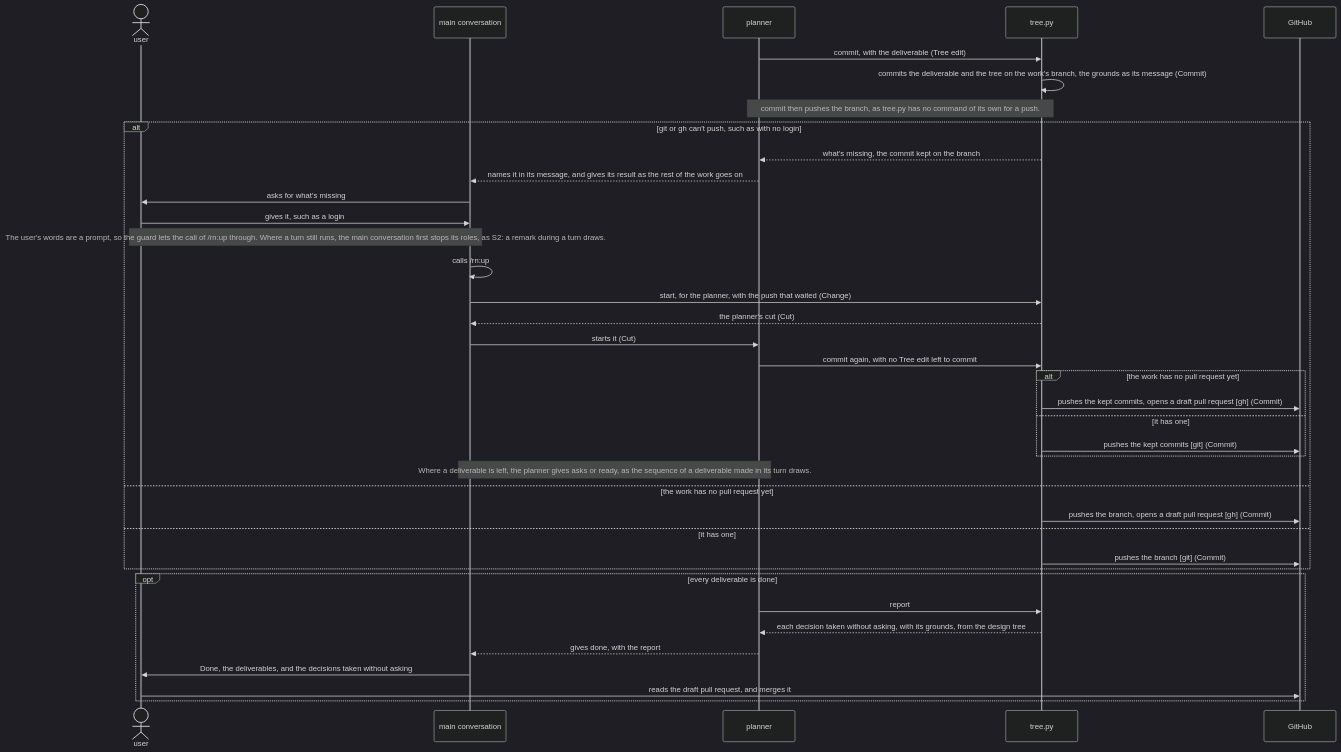
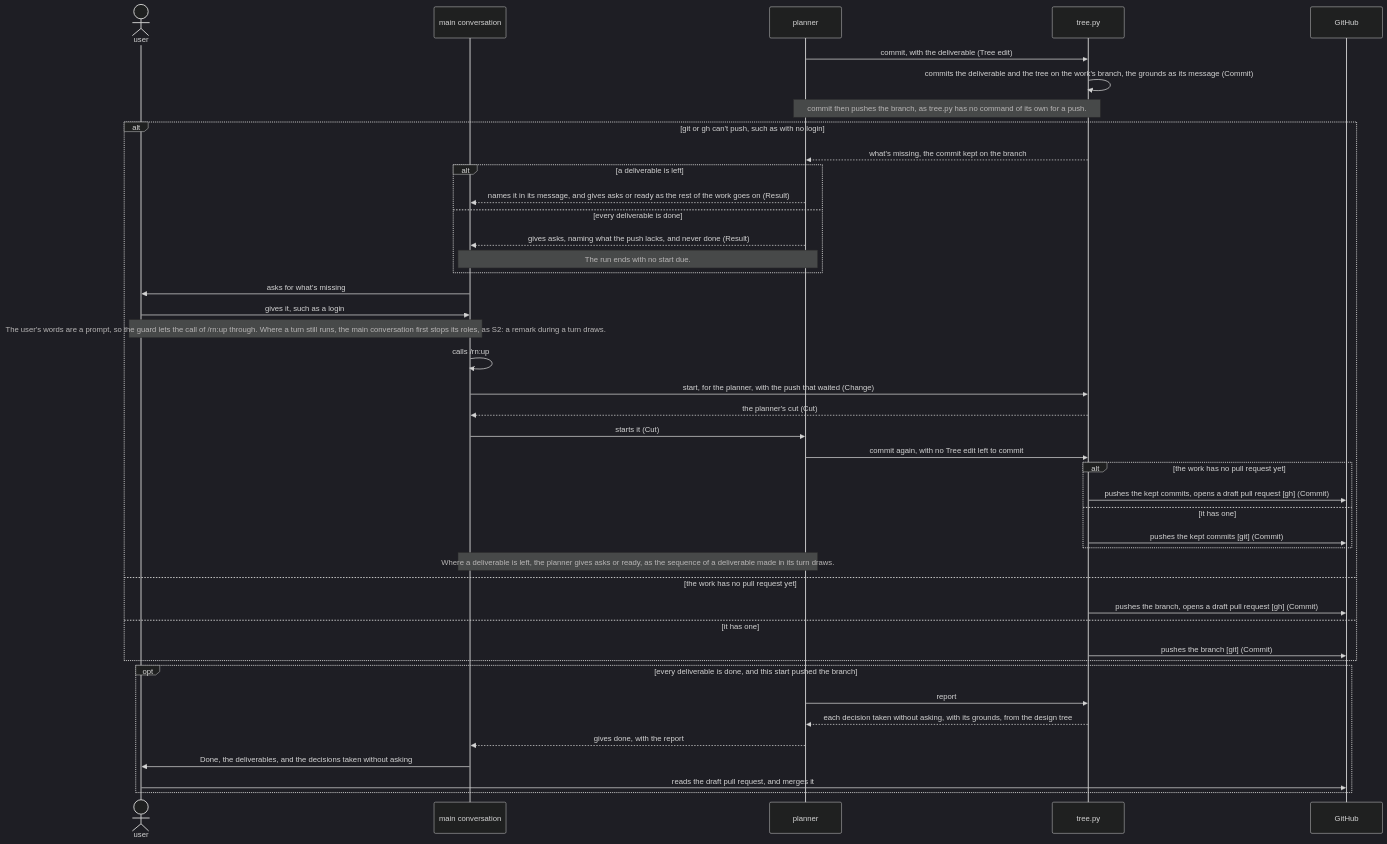
One commit to lovaizu/ccpm changed the sixth of 6 diagrams in dev/rn/architecture.md. Above: the diagram before and after it, drawn with Mermaid (dark theme). The commit also changed other lines of this file and 4 other files, not shown here.

````diff
--- a/dev/rn/architecture.md
+++ b/dev/rn/architecture.md
@@ -746,40 +757,45 @@
 ```mermaid
 sequenceDiagram
   actor U as user
   participant M as main conversation
   participant P as planner
   participant T as tree.py
   participant GH as GitHub
   P->>T: commit, with the deliverable (Tree edit)
   T->>T: commits the deliverable and the tree on the work's branch, the grounds as its message (Commit)
   Note over P,T: commit then pushes the branch, as tree.py has no command of its own for a push.
   alt git or gh can't push, such as with no login
     T-->>P: what's missing, the commit kept on the branch
-    P-->>M: names it in its message, and gives its result as the rest of the work goes on
+    alt a deliverable is left
+      P-->>M: names it in its message, and gives asks or ready as the rest of the work goes on (Result)
+    else every deliverable is done
+      P-->>M: gives asks, naming what the push lacks, and never done (Result)
+      Note over M,P: The run ends with no start due.
+    end
     M->>U: asks for what's missing
     U->>M: gives it, such as a login
     Note over U,M: The user's words are a prompt, so the guard lets the call of /rn:up through. Where a turn still runs, the main conversation first stops its roles, as S2: a remark during a turn draws.
     M->>M: calls /rn:up
     M->>T: start, for the planner, with the push that waited (Change)
     T-->>M: the planner's cut (Cut)
     M->>P: starts it (Cut)
     P->>T: commit again, with no Tree edit left to commit
     alt the work has no pull request yet
       T->>GH: pushes the kept commits, opens a draft pull request [gh] (Commit)
     else it has one
       T->>GH: pushes the kept commits [git] (Commit)
     end
     Note over M,P: Where a deliverable is left, the planner gives asks or ready, as the sequence of a deliverable made in its turn draws.
   else the work has no pull request yet
     T->>GH: pushes the branch, opens a draft pull request [gh] (Commit)
   else it has one
     T->>GH: pushes the branch [git] (Commit)
   end
-  opt every deliverable is done
+  opt every deliverable is done, and this start pushed the branch
     P->>T: report
     T-->>P: each decision taken without asking, with its grounds, from the design tree
     P-->>M: gives done, with the report
     M->>U: Done, the deliverables, and the decisions taken without asking
     U->>GH: reads the draft pull request, and merges it
   end
 ```
````
